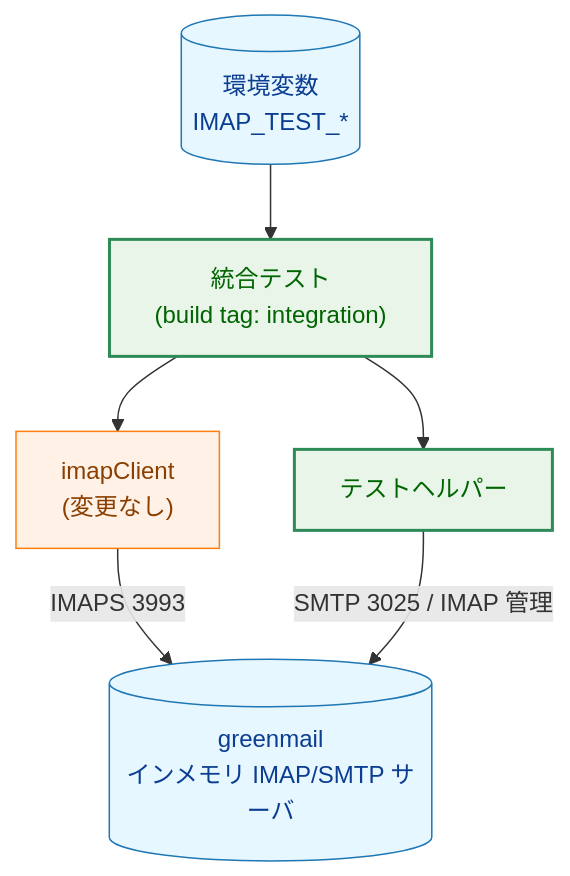
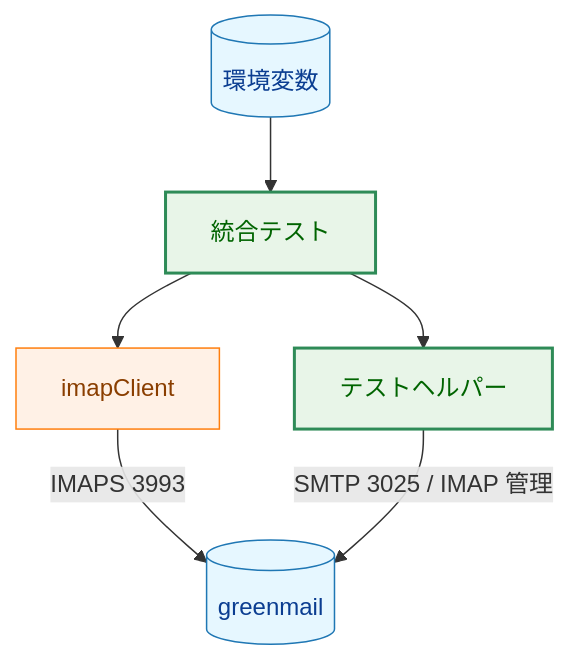
Before and after one commit to isseis/tlsrpt-digest: the first of 14 diagrams in docs/tasks/0090_imap_integration/02_architecture.md, drawn with Mermaid. The commit also changed other lines of this file, not shown here.

First line of the commit message:
docs(task 0090): refine architecture doc based on review feedback

````diff
--- a/docs/tasks/0090_imap_integration/02_architecture.md
+++ b/docs/tasks/0090_imap_integration/02_architecture.md
@@ -27,16 +27,16 @@
 ```mermaid
 flowchart TD
     classDef data fill:#e6f7ff,stroke:#1f77b4,stroke-width:1px,color:#0b3d91;
     classDef process fill:#fff1e6,stroke:#ff7f0e,stroke-width:1px,color:#8a3e00;
     classDef enhanced fill:#e8f5e8,stroke:#2e8b57,stroke-width:2px,color:#006400;
 
-    ENV[("環境変数<br>IMAP_TEST_*")] --> IT["統合テスト<br>(build tag: integration)"]
-    IT --> CLIENT["imapClient<br>(変更なし)"]
+    ENV[("環境変数")] --> IT["統合テスト"]
+    IT --> CLIENT["imapClient"]
     IT --> HELPER["テストヘルパー"]
-    CLIENT -->|"IMAPS 3993"| GM[("greenmail<br>インメモリ IMAP/SMTP サーバ")]
+    CLIENT -->|"IMAPS 3993"| GM[("greenmail")]
     HELPER -->|"SMTP 3025 / IMAP 管理"| GM
 
     class ENV,GM data
     class CLIENT process
     class IT,HELPER enhanced
 ```
````
